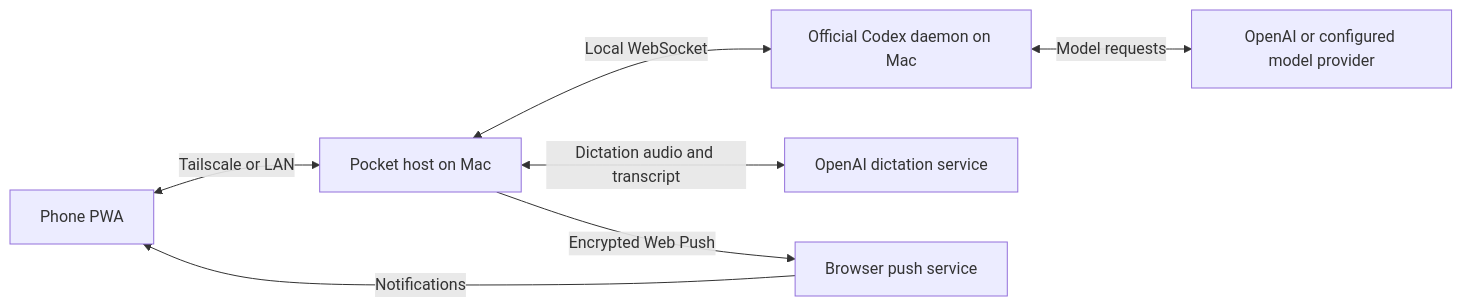
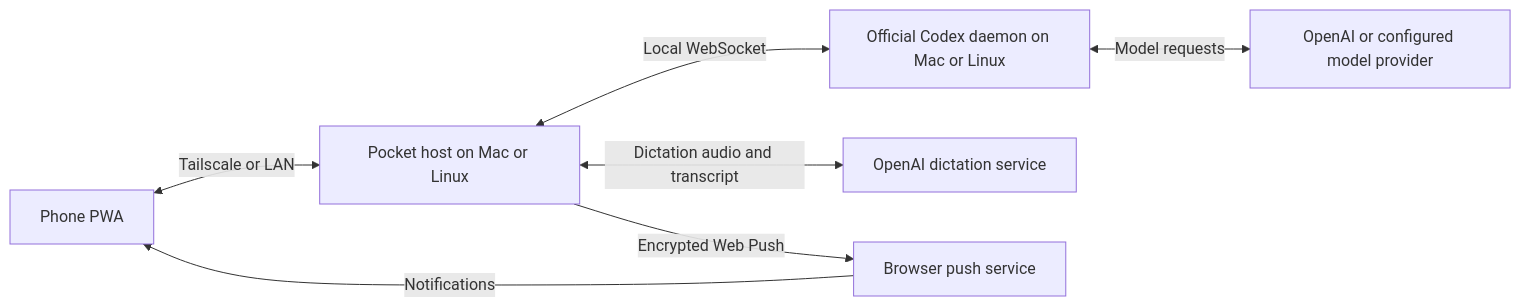
The diagram in README.md (pocket-works/codex-pocket), drawn with Mermaid before and after one commit. The commit also changed other lines of this file and 37 other files, not shown here.

Commit message:
feat(host): add experimental Linux server distribution (#41)

````diff
--- a/README.md
+++ b/README.md
@@ -120,9 +125,9 @@
 ```mermaid
 flowchart LR
-    Phone["Phone PWA"] <-->|"Tailscale or LAN"| Host["Pocket host on Mac"]
-    Host <-->|"Local WebSocket"| Codex["Official Codex daemon on Mac"]
+    Phone["Phone PWA"] <-->|"Tailscale or LAN"| Host["Pocket host on Mac or Linux"]
+    Host <-->|"Local WebSocket"| Codex["Official Codex daemon on Mac or Linux"]
     Codex <-->|"Model requests"| Model["OpenAI or configured model provider"]
     Host <-->|"Dictation audio and transcript"| Speech["OpenAI dictation service"]
     Host -->|"Encrypted Web Push"| Push["Browser push service"]
     Push -->|"Notifications"| Phone
 ```
````
